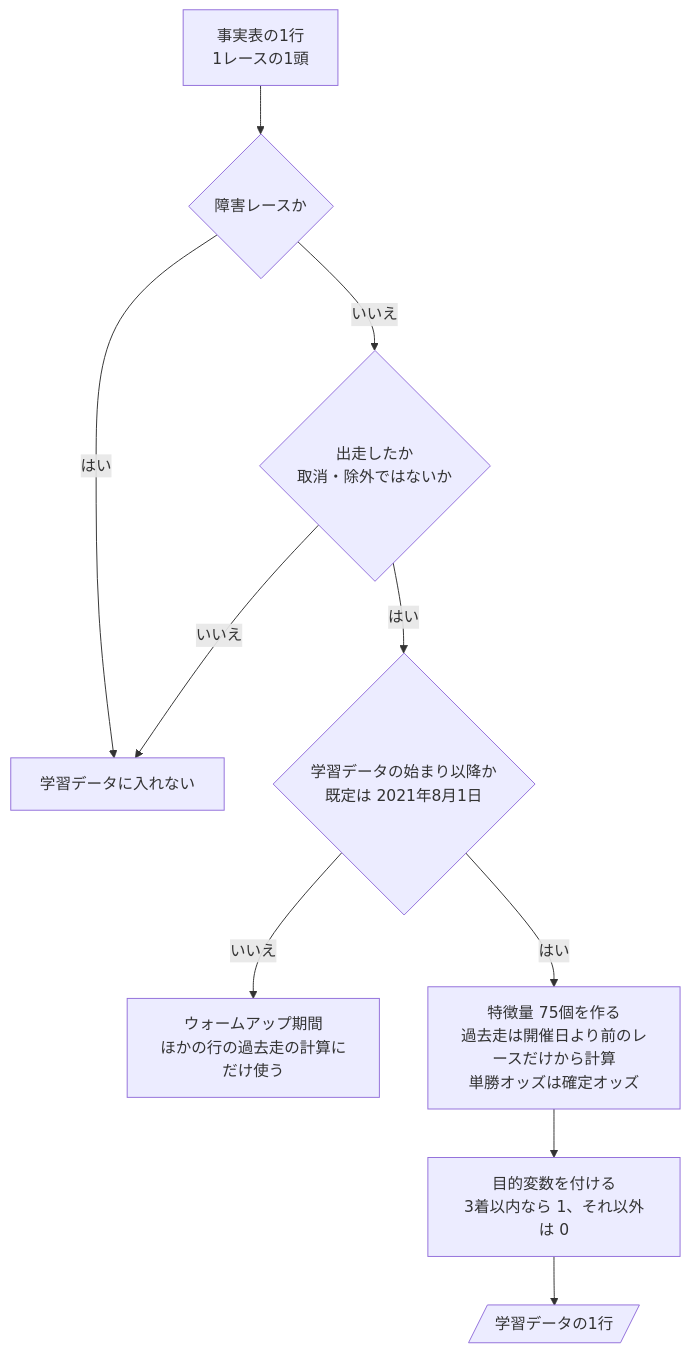
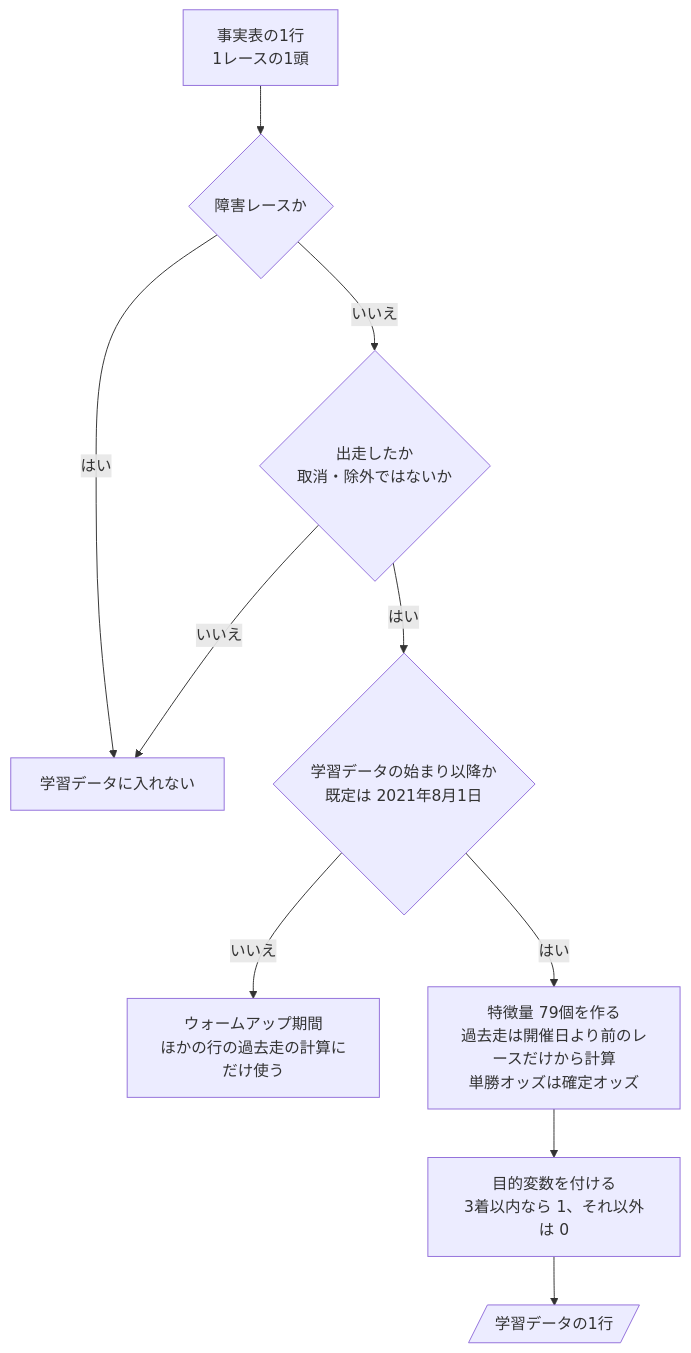
One commit to ht-0328/keiba-yosou changed the first of 2 diagrams in docs/design/近走と適性から3着以内を予想/06-flowchart.md. Above: the diagram before and after it, drawn with Mermaid. The commit also changed other lines of this file and 28 other files, not shown here.

````diff
--- a/docs/design/近走と適性から3着以内を予想/06-flowchart.md
+++ b/docs/design/近走と適性から3着以内を予想/06-flowchart.md
@@ -26,12 +26,12 @@
 ```mermaid
 flowchart TD
     S["事実表の1行<br>1レースの1頭"] --> Q1{"障害レースか"}
     Q1 -->|はい| X["学習データに入れない"]
     Q1 -->|いいえ| Q2{"出走したか<br>取消・除外ではないか"}
     Q2 -->|いいえ| X
     Q2 -->|はい| Q3{"学習データの始まり以降か<br>既定は 2021年8月1日"}
     Q3 -->|いいえ| W["ウォームアップ期間<br>ほかの行の過去走の計算にだけ使う"]
-    Q3 -->|はい| F["特徴量 75個を作る<br>過去走は開催日より前のレースだけから計算<br>単勝オッズは確定オッズ"]
+    Q3 -->|はい| F["特徴量 79個を作る<br>過去走は開催日より前のレースだけから計算<br>単勝オッズは確定オッズ"]
     F --> T["目的変数を付ける<br>3着以内なら 1、それ以外は 0"]
     T --> R[/"学習データの1行"/]
 ```
````
